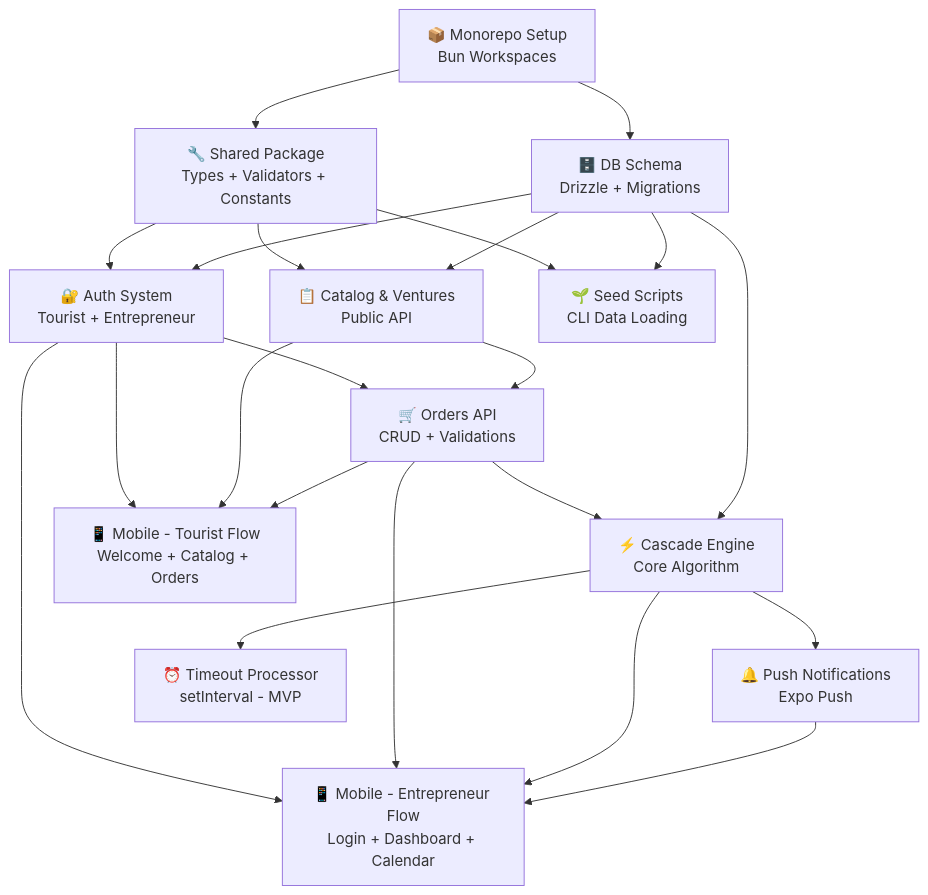
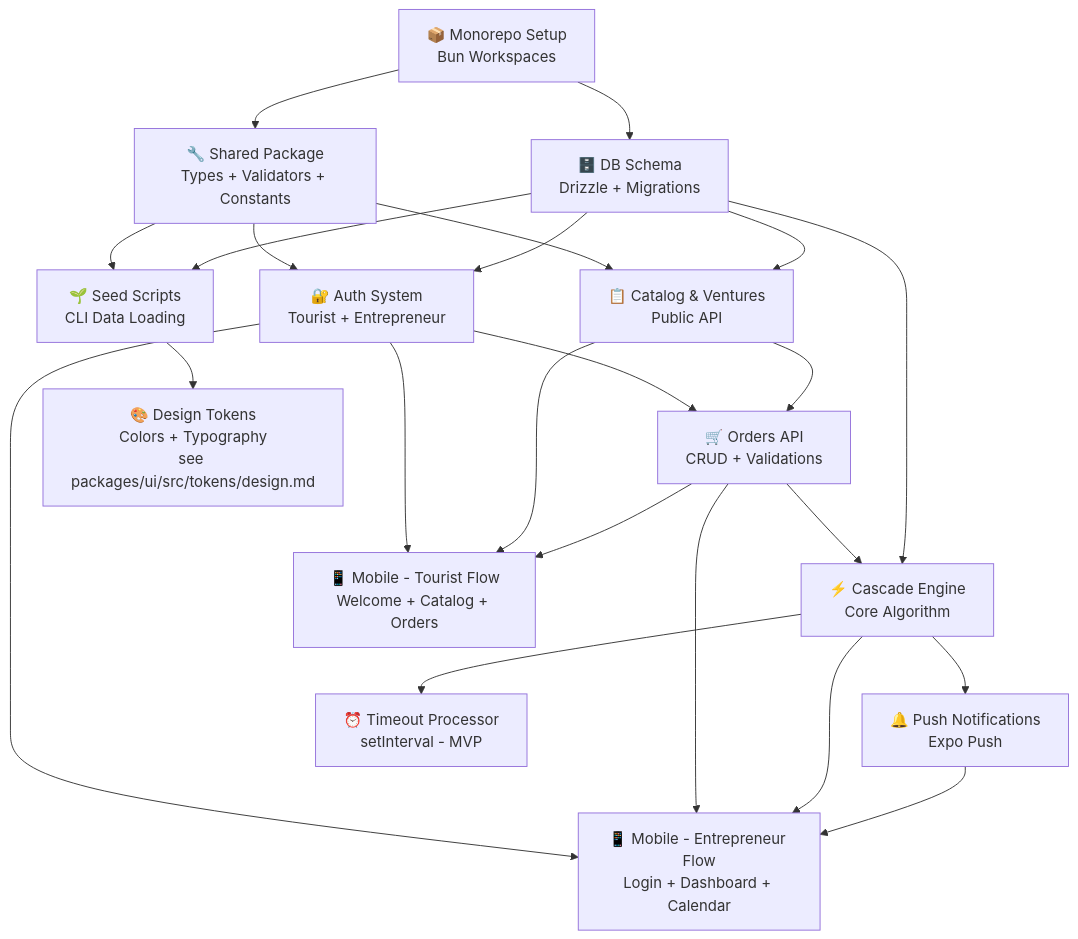
One commit to masch/rewilding-connect changed the first of 3 diagrams in openspec/specs/01-master-system.md. Above: the diagram before and after it, drawn with Mermaid. The commit also changed other lines of this file and 17 other files, not shown here.

First line of the commit message:
feat(mobile): aplicar design system tokens y estilos del documento de diseño (#37)

````diff
--- a/openspec/specs/01-master-system.md
+++ b/openspec/specs/01-master-system.md
@@ -562,33 +562,35 @@
 ```mermaid
 graph TD
     A["📦 Monorepo Setup<br/>Bun Workspaces"] --> B["🔧 Shared Package<br/>Types + Validators + Constants"]
     A --> C["🗄️ DB Schema<br/>Drizzle + Migrations"]
 
     B --> D["🔐 Auth System<br/>Tourist + Entrepreneur"]
     C --> D
 
     B --> E["📋 Catalog & Ventures<br/>Public API"]
     C --> E
 
     D --> F["🛒 Orders API<br/>CRUD + Validations"]
     E --> F
 
     F --> G["⚡ Cascade Engine<br/>Core Algorithm"]
     C --> G
 
     G --> H["🔔 Push Notifications<br/>Expo Push"]
 
     D --> I["📱 Mobile - Tourist Flow<br/>Welcome + Catalog + Orders"]
     E --> I
     F --> I
 
     D --> J["📱 Mobile - Entrepreneur Flow<br/>Login + Dashboard + Calendar"]
     F --> J
     G --> J
     H --> J
 
     G --> K["⏰ Timeout Processor<br/>setInterval - MVP"]
 
     B --> L["🌱 Seed Scripts<br/>CLI Data Loading"]
     C --> L
+
+    L --> M["🎨 Design Tokens<br/>Colors + Typography<br/>see packages/ui/src/tokens/design.md"]
 ```
````
